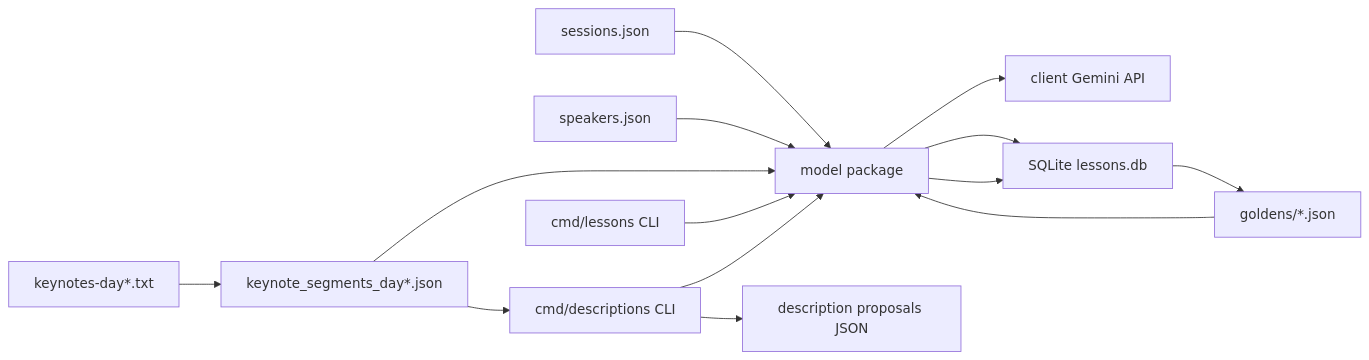
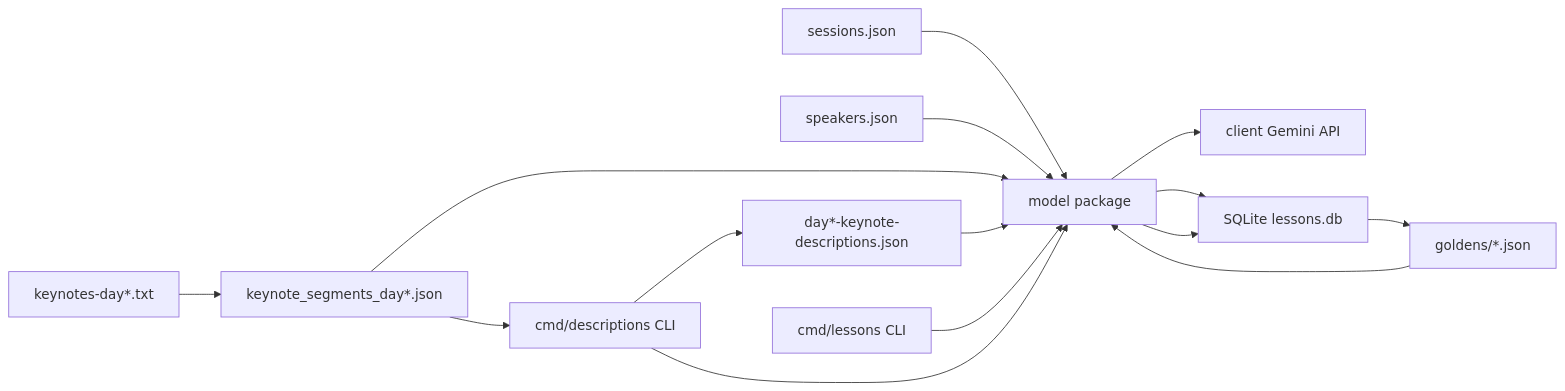
The first of 2 diagrams in architecture.md (johnpfeiffer/aiewf), drawn with Mermaid before and after one commit. The commit also changed other lines of this file and 14 other files, not shown here.

````diff
--- a/architecture.md
+++ b/architecture.md
@@ -96,28 +96,29 @@
 ```mermaid
 flowchart LR
   sessions["sessions.json"]
   speakers["speakers.json"]
   rawtx["keynotes-day*.txt"]
   segments["keynote_segments_day*.json"]
+  descjson["day*-keynote-descriptions.json"]
   cmd["cmd/lessons CLI"]
   desc["cmd/descriptions CLI"]
   model["model package"]
   client["client Gemini API"]
   sqlite["SQLite lessons.db"]
   goldens["goldens/*.json"]
-  descjson["description proposals JSON"]
 
   sessions --> model
   speakers --> model
   rawtx --> segments
   segments --> model
   segments --> desc
+  descjson --> model
   cmd --> model
   desc --> model
   model --> client
   model --> sqlite
   sqlite --> goldens
   goldens --> model
   model --> sqlite
   desc --> descjson
 ```
````
